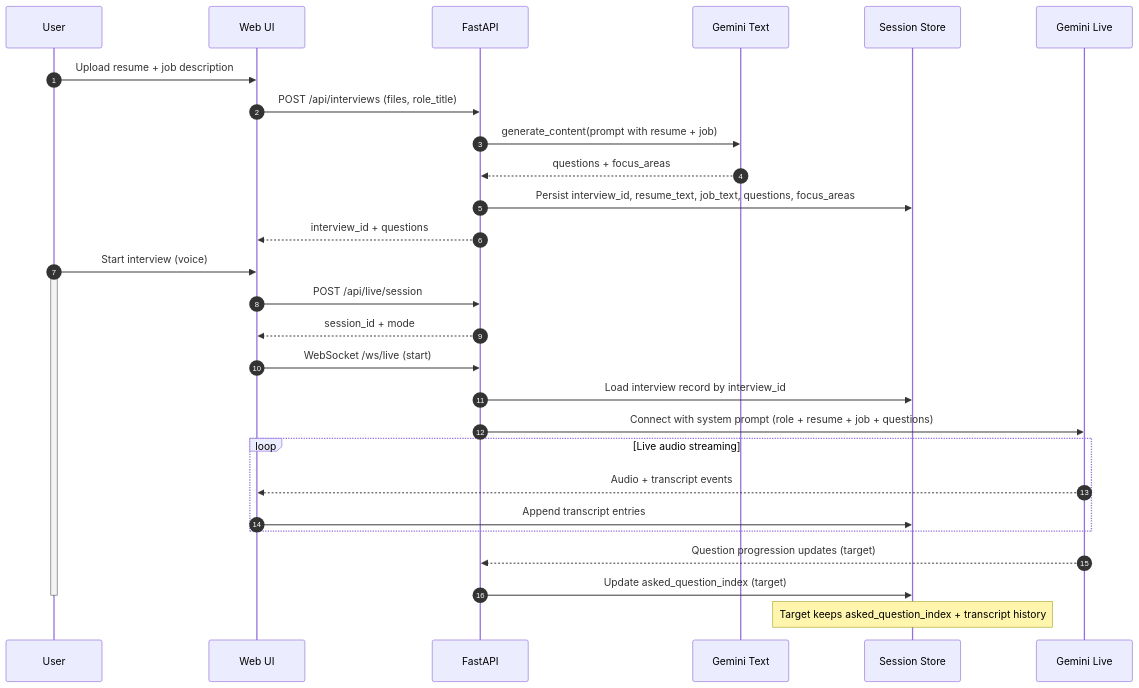
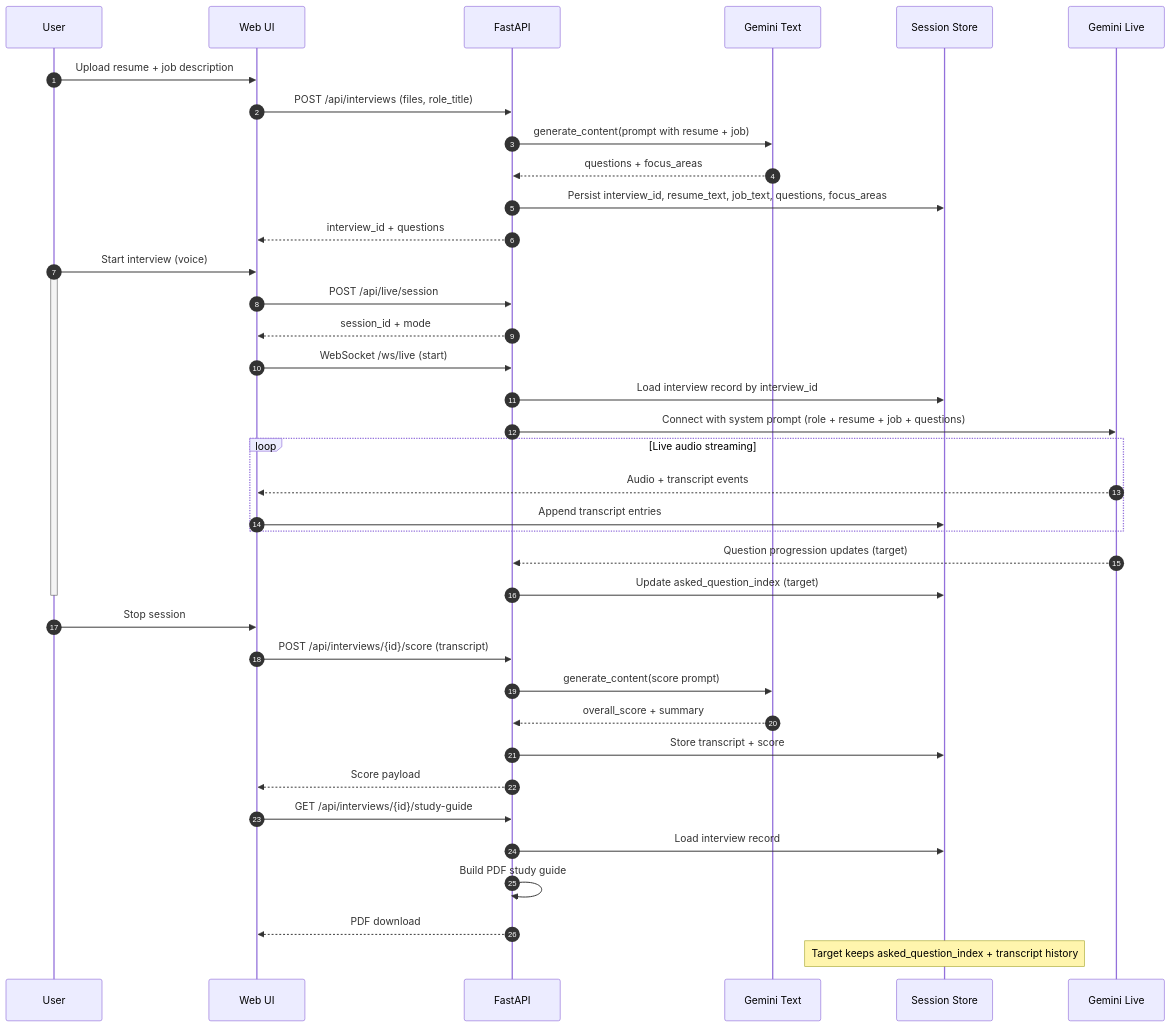
Before and after one commit to taylorparsons/PrepTalk: the diagram in docs/plans/2026-01-12-live-context-mermaid.md, drawn with Mermaid. The commit also changed other lines of this file, not shown here.

Commit message:
docs: extend live flow explanation

````diff
--- a/docs/plans/2026-01-12-live-context-mermaid.md
+++ b/docs/plans/2026-01-12-live-context-mermaid.md
@@ -3,34 +3,45 @@
 ```mermaid
 sequenceDiagram
     autonumber
     participant U as User
     participant UI as Web UI
     participant API as FastAPI
     participant TXT as Gemini Text
     participant S as Session Store
     participant LIVE as Gemini Live
 
     U->>UI: Upload resume + job description
     UI->>API: POST /api/interviews (files, role_title)
     API->>TXT: generate_content(prompt with resume + job)
     TXT-->>API: questions + focus_areas
     API->>S: Persist interview_id, resume_text, job_text, questions, focus_areas
     API-->>UI: interview_id + questions
 
     U->>UI: Start interview (voice)
     activate U
     UI->>API: POST /api/live/session
     API-->>UI: session_id + mode
     UI->>API: WebSocket /ws/live (start)
     API->>S: Load interview record by interview_id
     API->>LIVE: Connect with system prompt (role + resume + job + questions)
     loop Live audio streaming
         LIVE-->>UI: Audio + transcript events
         UI->>S: Append transcript entries
     end
     LIVE-->>API: Question progression updates (target)
     API->>S: Update asked_question_index (target)
     deactivate U
 
+    U->>UI: Stop session
+    UI->>API: POST /api/interviews/{id}/score (transcript)
+    API->>TXT: generate_content(score prompt)
+    TXT-->>API: overall_score + summary
+    API->>S: Store transcript + score
+    API-->>UI: Score payload
+    UI->>API: GET /api/interviews/{id}/study-guide
+    API->>S: Load interview record
+    API->>API: Build PDF study guide
+    API-->>UI: PDF download
+
     Note over S: Target keeps asked_question_index + transcript history
 ```
````
